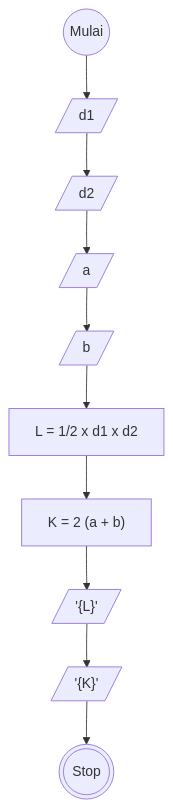
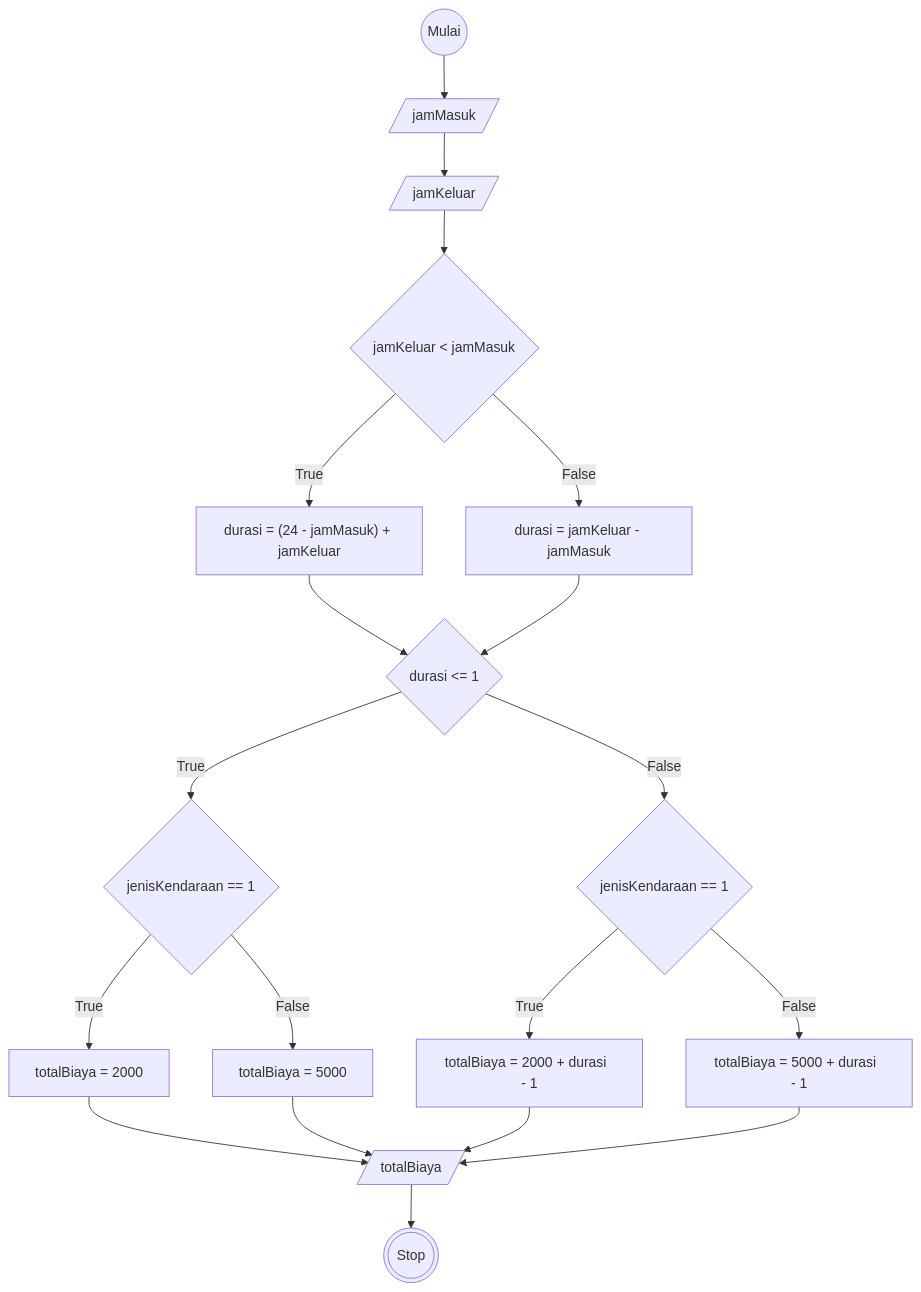
One commit to MuhamadRafliShidiq/koda-b8-algoritma changed the diagram in readme.md. Above: the diagram before and after it, drawn with Mermaid. The commit also changed other lines of this file, not shown here.

````diff
--- a/readme.md
+++ b/readme.md
@@ -23,15 +24,44 @@
 ```mermaid
+
     flowchart TD
     a@{ shape: circle, label: "Mulai" }
-    b@{ shape: lean-r, label: "d1" }
-    c@{ shape: lean-r, label: "d2" }
-    d@{ shape: lean-r, label: "a" }
-    e@{ shape: lean-r, label: "b" }
-    f@{ shape: rect, label: "L = 1/2 x d1 x d2" }
-    g@{ shape: rect, label: "K = 2 (a + b)" }
-    h@{ shape: lean-r, label: "'{L}'" }
-    i@{ shape: lean-r, label: "'{K}'" }
-    j@{ shape: dbl-circ, label: "Stop" }
+    b@{ shape: lean-r, label: "jamMasuk" }
+    c@{ shape: lean-r, label: "jamKeluar" }
+    d@{ shape: diamond, label: "jamKeluar < jamMasuk " }
+    e@{ shape: rect, label: "durasi = (24 - jamMasuk) + jamKeluar" }
+    f@{ shape: rect, label: "durasi = jamKeluar - jamMasuk" }
+    g@{ shape: diamond, label: "durasi <= 1 " }
+    h@{ shape: diamond, label: "jenisKendaraan == 1" }
+    i@{ shape: diamond, label: "jenisKendaraan == 1" }
+    j@{ shape: rect, label: "totalBiaya = 2000" }
+    k@{ shape: rect, label: "totalBiaya = 5000" }
+    l@{ shape: rect, label: "totalBiaya = 2000 + durasi  - 1" }
+    m@{ shape: rect, label: "totalBiaya = 5000 + durasi  - 1" }
+    n@{ shape: lean-r, label: "totalBiaya" }
+    o@{ shape: dbl-circ, label: "Stop" }
 
-    a --> b --> c --> d --> e --> f --> g --> h --> i --> j
+    a --> b --> c --> d 
+
+    d --True--> e 
+    d --False--> f
+
+    e --> g
+    f --> g
+
+    g --True--> h
+    g --False--> i
+
+    h --True--> j
+    h --False--> k
+
+    i --True--> l
+    i --False--> m
+
+    j --> n
+    k --> n
+    l --> n
+    m --> n
+    n --> o
+
+
 ```
````
